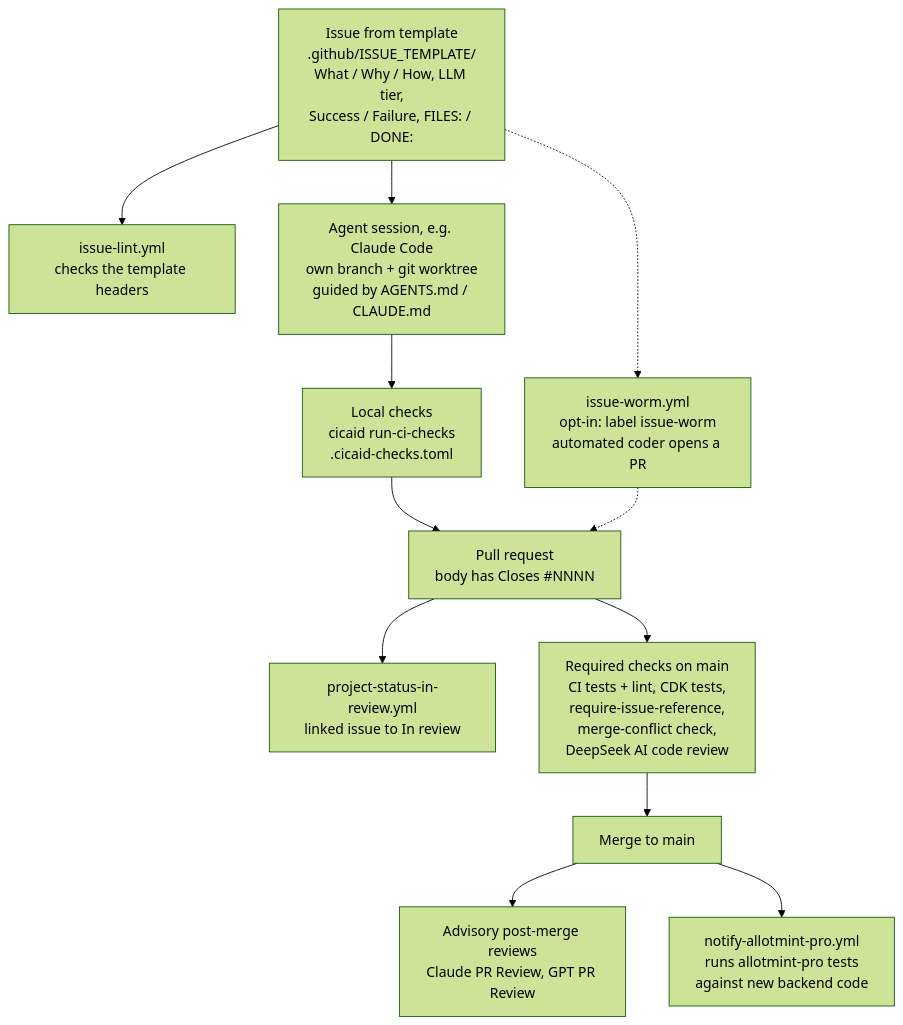
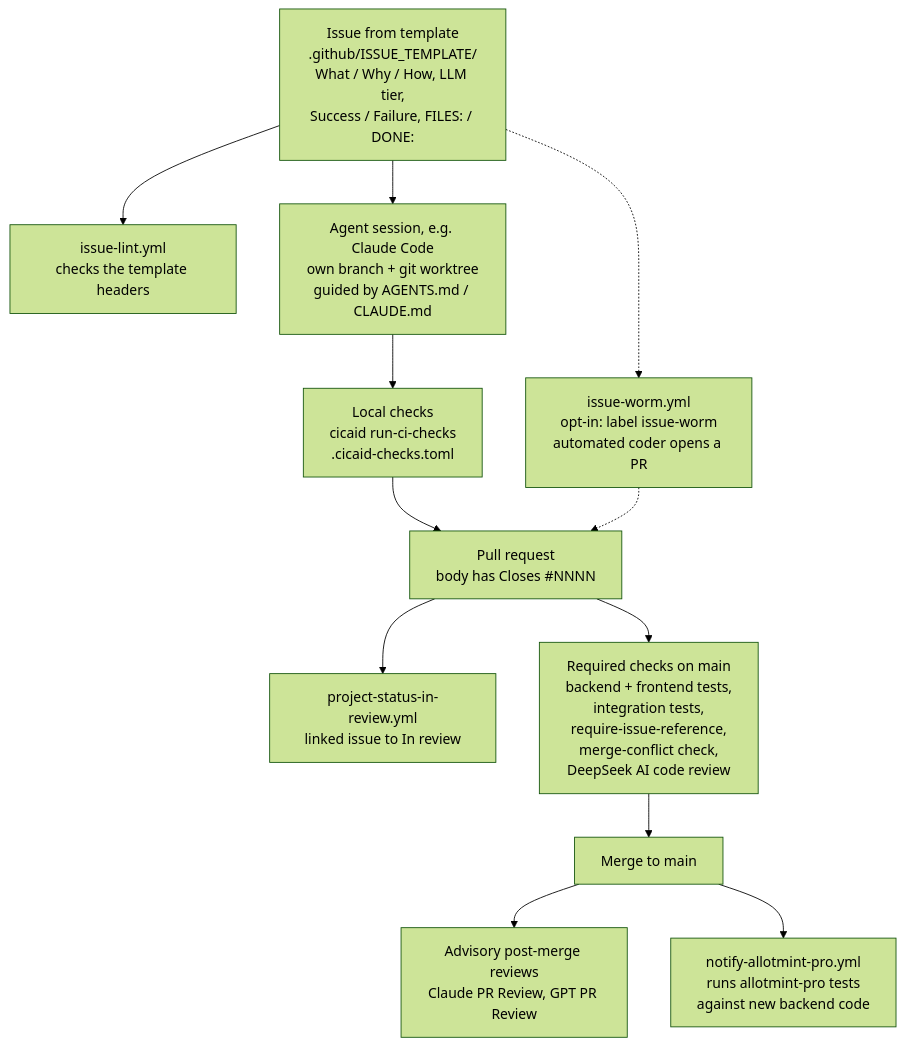
One commit to leonarduk/allotmint changed the second of 4 diagrams in README.md. Above: the diagram before and after it, drawn with Mermaid (forest theme). The commit also changed other lines of this file and 1 other file, not shown here.

First line of the commit message:
docs: name DeepSeek as the pre-merge AI review gate (#10678)

````diff
--- a/README.md
+++ b/README.md
@@ -114,24 +114,24 @@
 ```mermaid
 flowchart TD
     Issue["Issue from template<br/>.github/ISSUE_TEMPLATE/<br/>What / Why / How, LLM tier,<br/>Success / Failure, FILES: / DONE:"]
     Lint["issue-lint.yml<br/>checks the template headers"]
     Session["Agent session, e.g. Claude Code<br/>own branch + git worktree<br/>guided by AGENTS.md / CLAUDE.md"]
     Worm["issue-worm.yml<br/>opt-in: label issue-worm<br/>automated coder opens a PR"]
     LocalChecks["Local checks<br/>cicaid run-ci-checks<br/>.cicaid-checks.toml"]
     PR["Pull request<br/>body has Closes #NNNN"]
     Board["project-status-in-review.yml<br/>linked issue to In review"]
-    Checks["Required checks on main<br/>CI tests + lint, CDK tests,<br/>require-issue-reference,<br/>merge-conflict check,<br/>DeepSeek AI code review"]
+    Checks["Required checks on main<br/>backend + frontend tests,<br/>integration tests,<br/>require-issue-reference,<br/>merge-conflict check,<br/>DeepSeek AI code review"]
     Merge["Merge to main"]
     PostMerge["Advisory post-merge reviews<br/>Claude PR Review, GPT PR Review"]
     ProTests["notify-allotmint-pro.yml<br/>runs allotmint-pro tests<br/>against new backend code"]
 
     Issue --> Lint
     Issue --> Session
     Issue -.-> Worm
     Session --> LocalChecks --> PR
     Worm -.-> PR
     PR --> Board
     PR --> Checks --> Merge
     Merge --> PostMerge
     Merge --> ProTests
 ```
````
